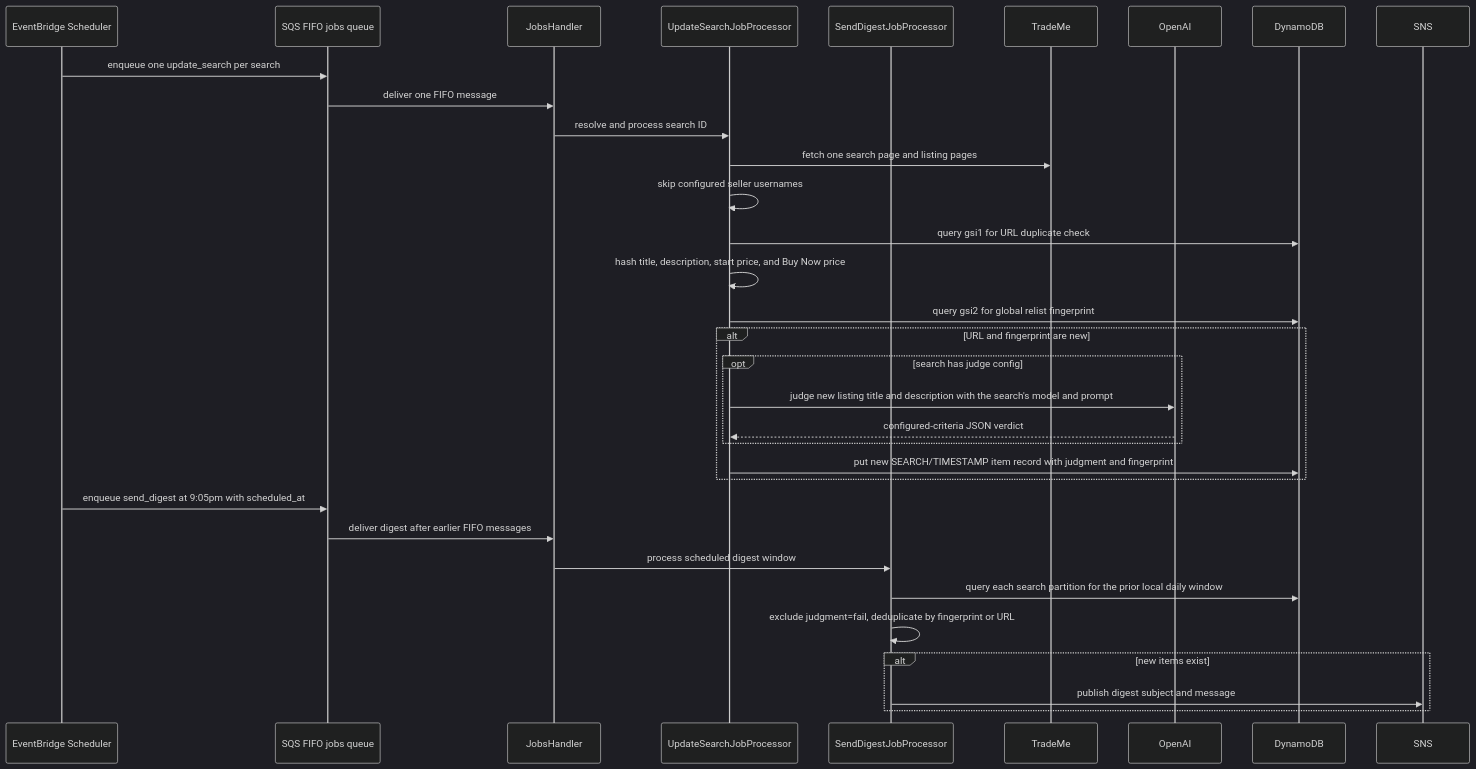
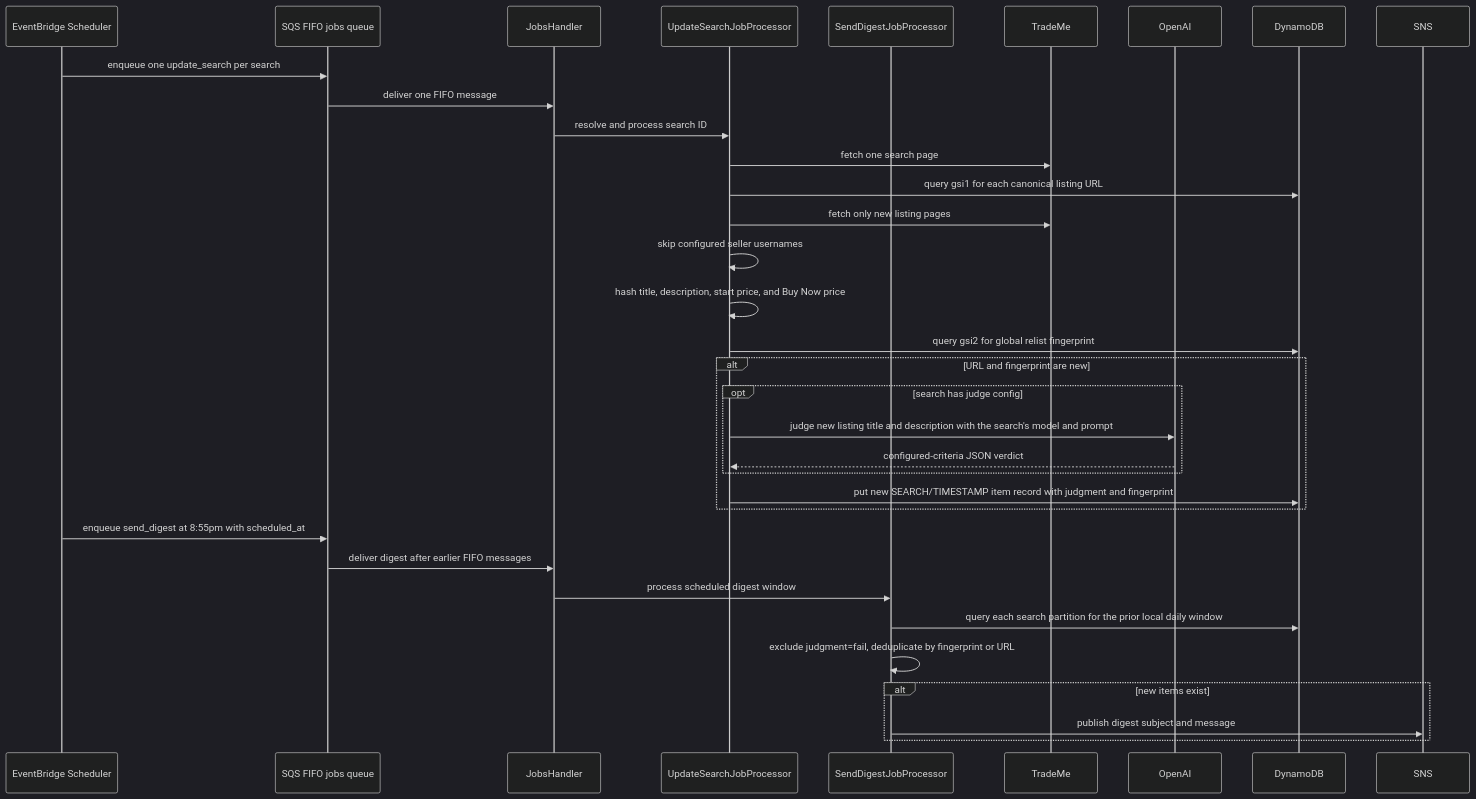
One commit to jordansimsmith/jordansimsmith-com changed the second of 2 diagrams in auction_tracker_api/README.md. Above: the diagram before and after it, drawn with Mermaid (dark theme). The commit also changed other lines of this file and 7 other files, not shown here.

````diff
--- a/auction_tracker_api/README.md
+++ b/auction_tracker_api/README.md
@@ -80,36 +80,37 @@
 ```mermaid
 sequenceDiagram
   participant UpdateSchedule as EventBridge Scheduler
   participant JobsQueue as SQS FIFO jobs queue
   participant JobsHandler
   participant SearchProcessor as UpdateSearchJobProcessor
   participant DigestProcessor as SendDigestJobProcessor
   participant TradeMe
   participant OpenAI
   participant DynamoDB
   participant SNS
 
   UpdateSchedule->>JobsQueue: enqueue one update_search per search
   JobsQueue->>JobsHandler: deliver one FIFO message
   JobsHandler->>SearchProcessor: resolve and process search ID
-  SearchProcessor->>TradeMe: fetch one search page and listing pages
+  SearchProcessor->>TradeMe: fetch one search page
+  SearchProcessor->>DynamoDB: query gsi1 for each canonical listing URL
+  SearchProcessor->>TradeMe: fetch only new listing pages
   SearchProcessor->>SearchProcessor: skip configured seller usernames
-  SearchProcessor->>DynamoDB: query gsi1 for URL duplicate check
   SearchProcessor->>SearchProcessor: hash title, description, start price, and Buy Now price
   SearchProcessor->>DynamoDB: query gsi2 for global relist fingerprint
   alt URL and fingerprint are new
     opt search has judge config
       SearchProcessor->>OpenAI: judge new listing title and description with the search's model and prompt
       OpenAI-->>SearchProcessor: configured-criteria JSON verdict
     end
     SearchProcessor->>DynamoDB: put new SEARCH/TIMESTAMP item record with judgment and fingerprint
   end
-  UpdateSchedule->>JobsQueue: enqueue send_digest at 9:05pm with scheduled_at
+  UpdateSchedule->>JobsQueue: enqueue send_digest at 8:55pm with scheduled_at
   JobsQueue->>JobsHandler: deliver digest after earlier FIFO messages
   JobsHandler->>DigestProcessor: process scheduled digest window
   DigestProcessor->>DynamoDB: query each search partition for the prior local daily window
   DigestProcessor->>DigestProcessor: exclude judgment=fail, deduplicate by fingerprint or URL
   alt new items exist
     DigestProcessor->>SNS: publish digest subject and message
   end
 ```
````
